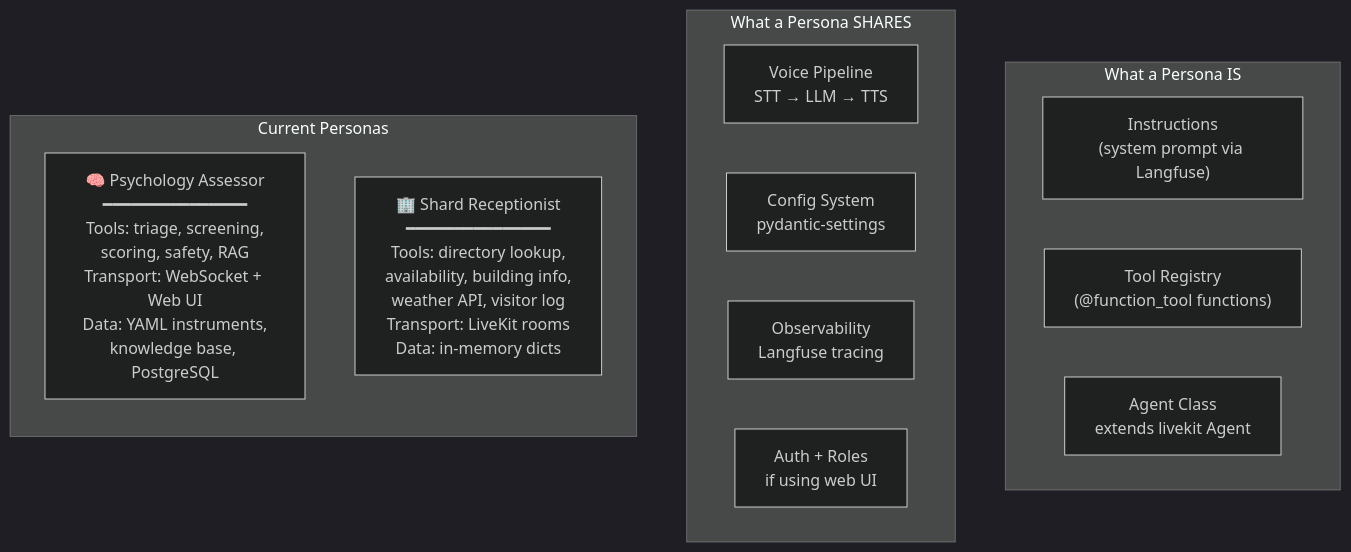
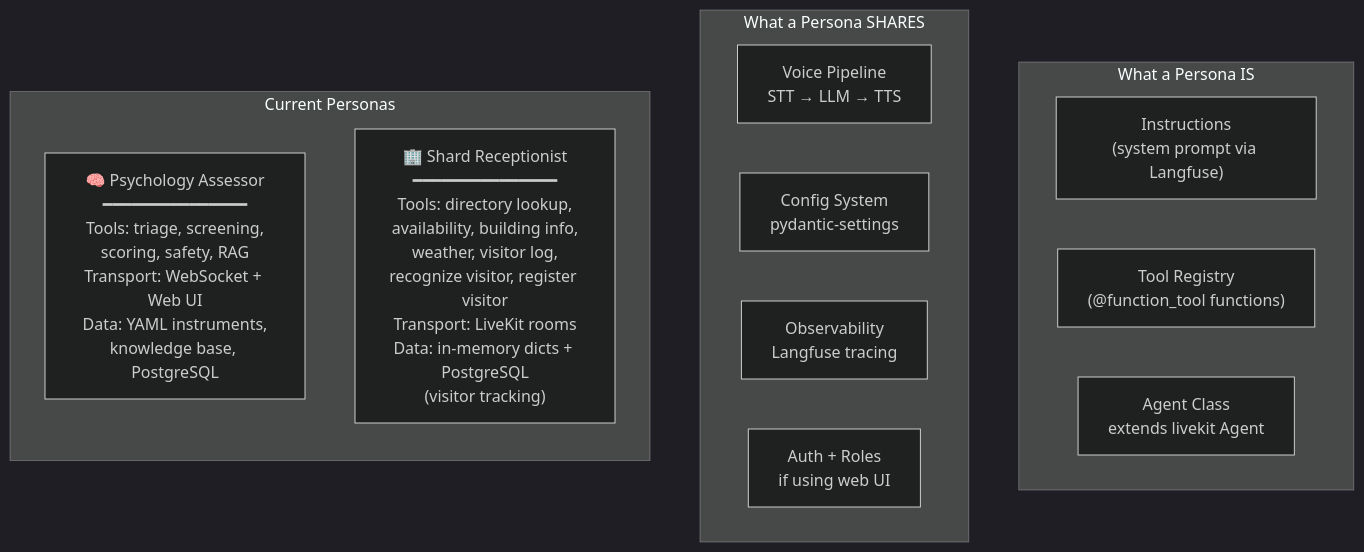
One commit to bodharma/talker changed the second of 16 diagrams in docs/architecture.md. Above: the diagram before and after it, drawn with Mermaid (dark theme). The commit also changed other lines of this file and 3 other files, not shown here.

First line of the commit message:
docs: update all docs for visitor tracking, auth gating, and correct test counts

````diff
--- a/docs/architecture.md
+++ b/docs/architecture.md
@@ -101,24 +101,24 @@
 ```mermaid
 graph TB
     subgraph "What a Persona IS"
         direction LR
         INST["Instructions<br/>(system prompt via Langfuse)"]
         TOOLS_P["Tool Registry<br/>(@function_tool functions)"]
         CLASS["Agent Class<br/>extends livekit Agent"]
     end
 
     subgraph "What a Persona SHARES"
         direction LR
         ENGINE["Voice Pipeline<br/>STT → LLM → TTS"]
         CONFIG_S["Config System<br/>pydantic-settings"]
         TRACE_S["Observability<br/>Langfuse tracing"]
         AUTH_S["Auth + Roles<br/>if using web UI"]
     end
 
     subgraph "Current Personas"
         direction TB
         PA["🧠 Psychology Assessor<br/>━━━━━━━━━━━━━━━<br/>Tools: triage, screening,<br/>scoring, safety, RAG<br/>Transport: WebSocket + Web UI<br/>Data: YAML instruments,<br/>knowledge base, PostgreSQL"]
 
-        PR["🏢 Shard Receptionist<br/>━━━━━━━━━━━━━━━<br/>Tools: directory lookup,<br/>availability, building info,<br/>weather API, visitor log<br/>Transport: LiveKit rooms<br/>Data: in-memory dicts"]
+        PR["🏢 Shard Receptionist<br/>━━━━━━━━━━━━━━━<br/>Tools: directory lookup,<br/>availability, building info,<br/>weather, visitor log,<br/>recognize visitor, register visitor<br/>Transport: LiveKit rooms<br/>Data: in-memory dicts + PostgreSQL<br/>(visitor tracking)"]
     end
 ```
````
